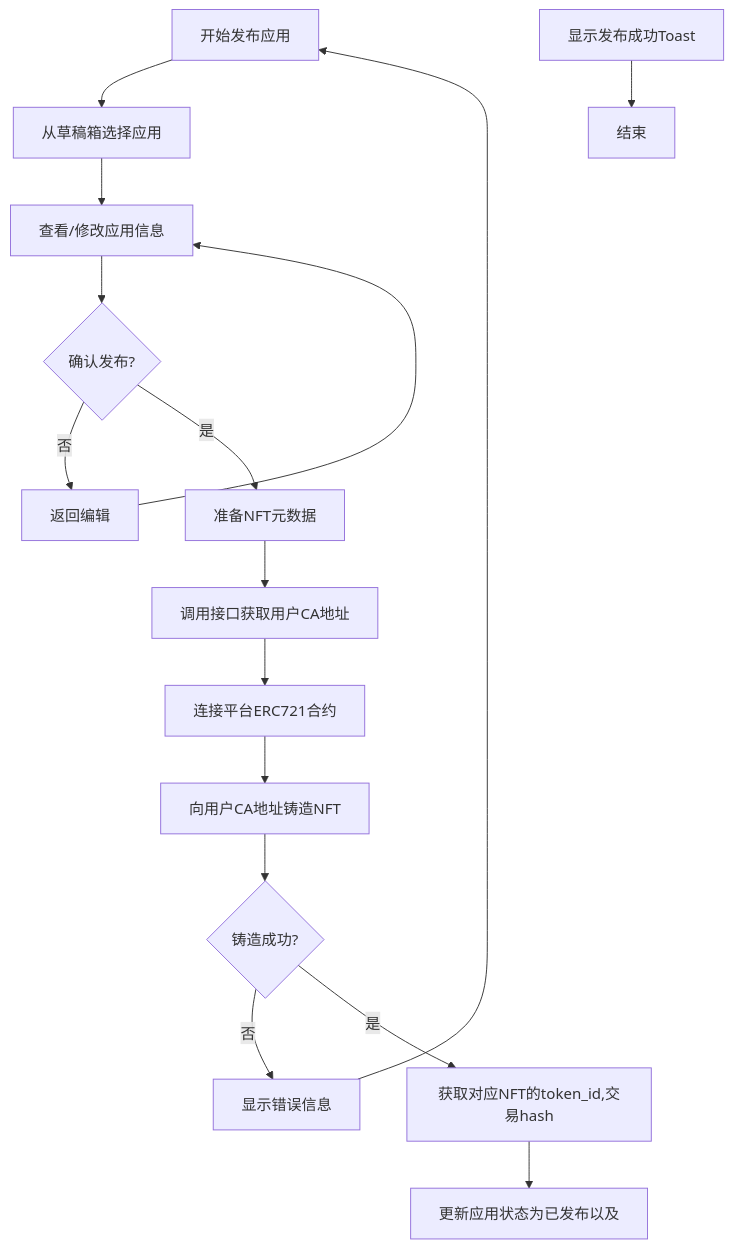
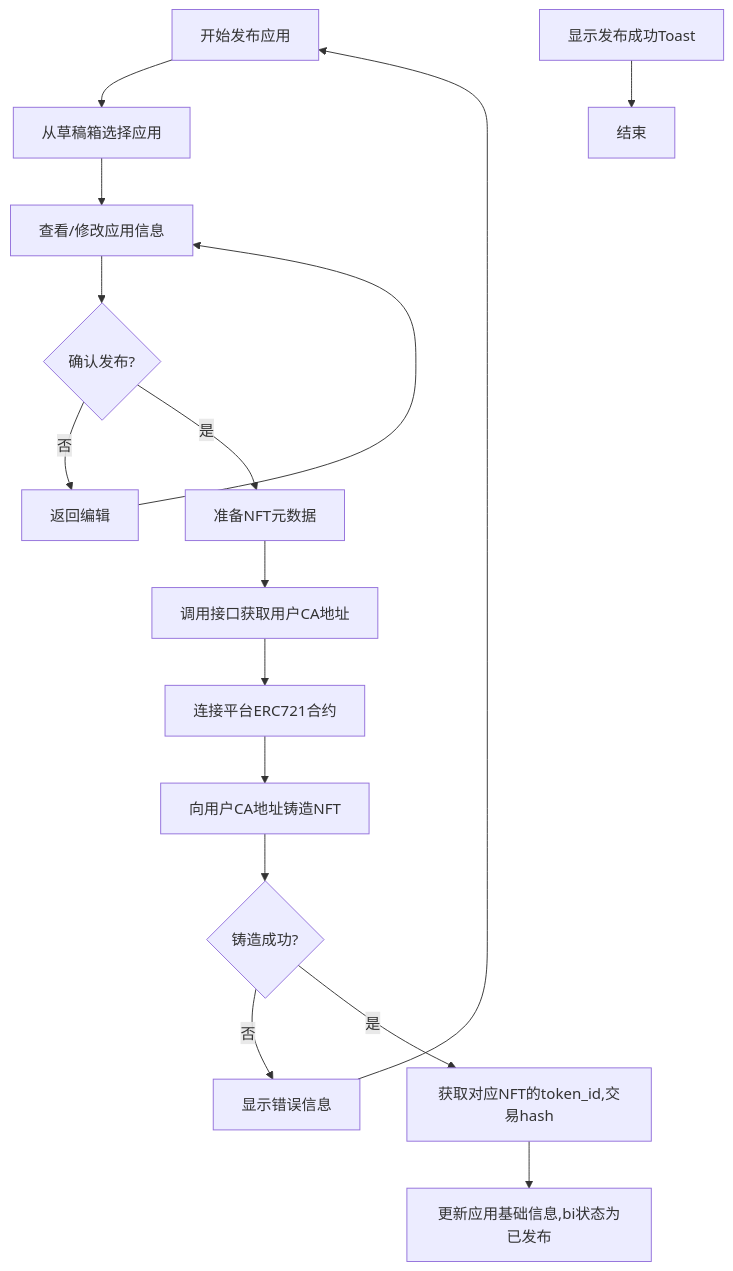
The diagram in all/未命名-66.md (yingjianzh/iodraw-files), drawn with Mermaid before and after one commit.

Commit message:
2025-05-27 11:26:22 update

````diff
--- a/all/未命名-66.md
+++ b/all/未命名-66.md
@@ -1,21 +1,21 @@
 ```mermaid
 
 flowchart TD
     A[开始发布应用] --> B[从草稿箱选择应用]
     B --> C[查看/修改应用信息]
     C --> D{确认发布?}
     D -->|否| E[返回编辑]
     E --> C
     D -->|是| F[准备NFT元数据]
     F --> G[调用接口获取用户CA地址]
     G --> H[连接平台ERC721合约]
     H --> I[向用户CA地址铸造NFT]
     I --> J{铸造成功?}
     J -->|否| K[显示错误信息]
     K --> A
     J -->|是| L[获取对应NFT的token_id,交易hash]
-    L --> M[更新应用状态为已发布以及]
+    L --> M[更新应用基础信息,bi状态为已发布]
     O[显示发布成功Toast]
     O --> P[结束]
 
 ```
````
